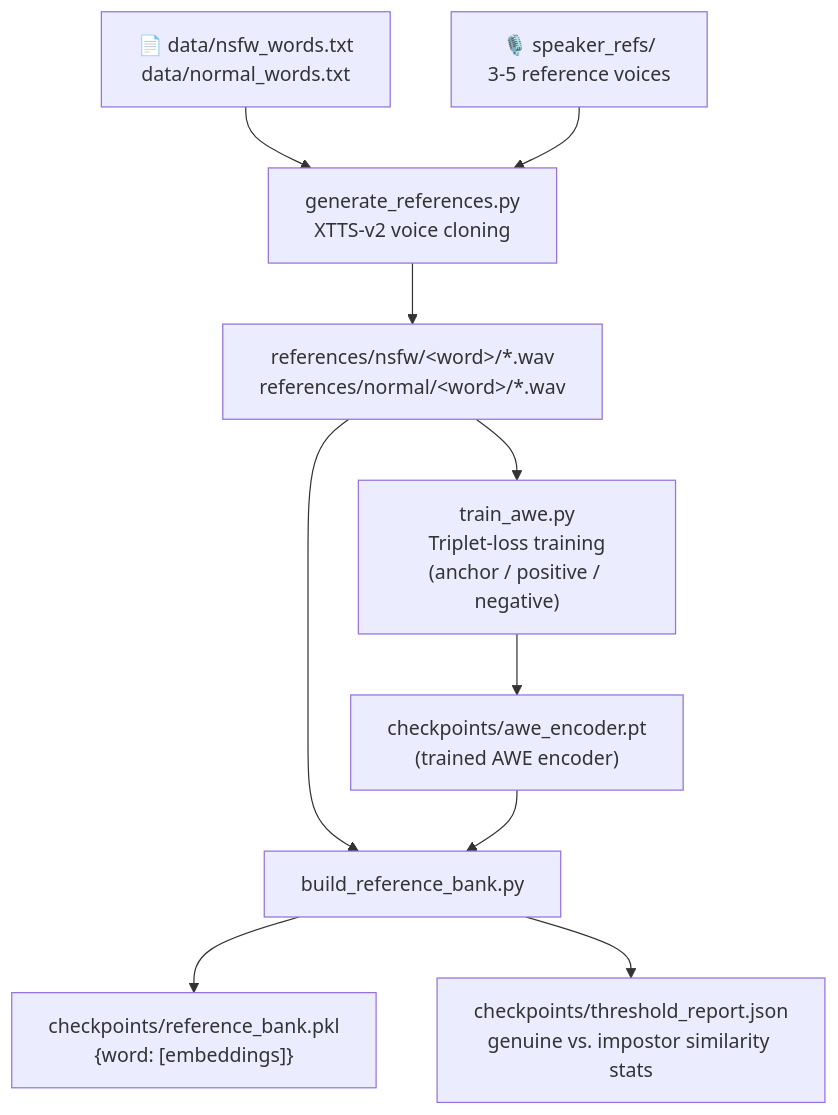
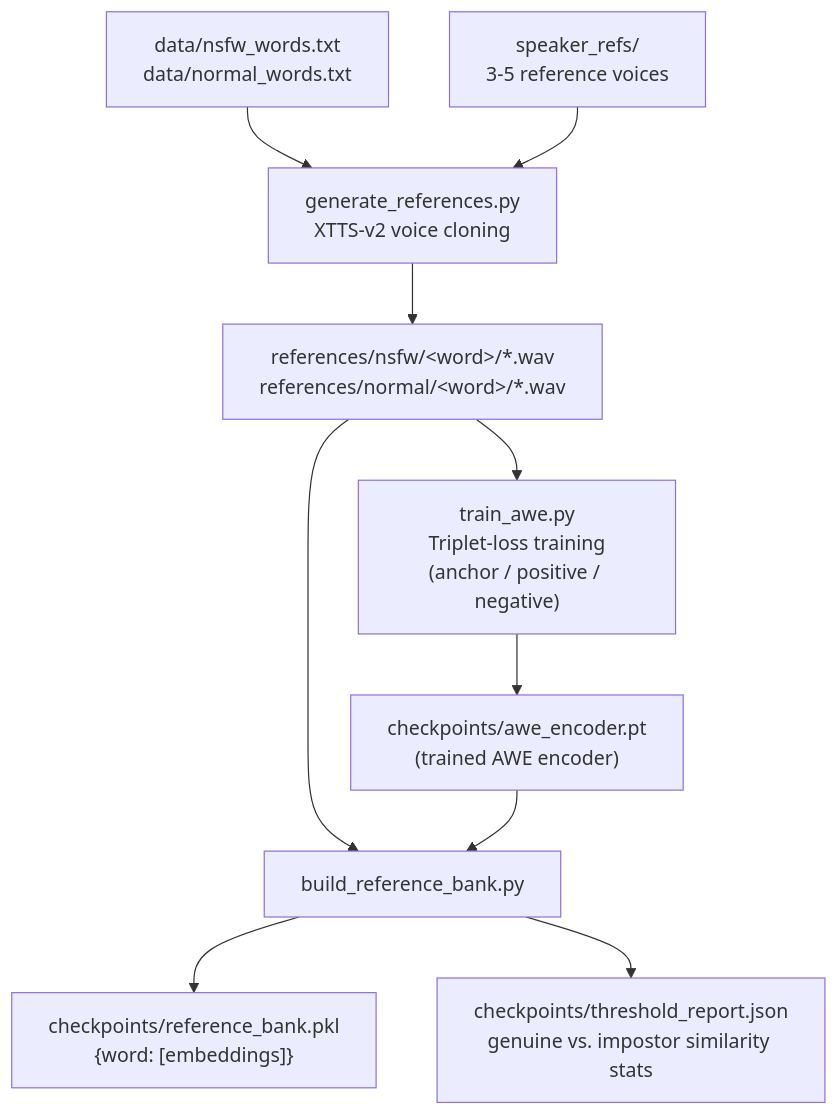
One commit to sjdasadi/nsfw-audio-keyword-spotter changed the first of 4 diagrams in README.md. Above: the diagram before and after it, drawn with Mermaid. The commit also changed other lines of this file, not shown here.

````diff
--- a/README.md
+++ b/README.md
@@ -50,12 +50,12 @@
 ```mermaid
 flowchart TD
-    A["📄 data/nsfw_words.txt<br/>data/normal_words.txt"] --> B["generate_references.py<br/>XTTS-v2 voice cloning"]
-    S["🎙️ speaker_refs/<br/>3-5 reference voices"] --> B
+    A[" data/nsfw_words.txt<br/>data/normal_words.txt"] --> B["generate_references.py<br/>XTTS-v2 voice cloning"]
+    S[" speaker_refs/<br/>3-5 reference voices"] --> B
     B --> C["references/nsfw/&lt;word&gt;/*.wav<br/>references/normal/&lt;word&gt;/*.wav"]
     C --> D["train_awe.py<br/>Triplet-loss training<br/>(anchor / positive / negative)"]
     D --> E["checkpoints/awe_encoder.pt<br/>(trained AWE encoder)"]
     C --> F["build_reference_bank.py"]
     E --> F
     F --> G["checkpoints/reference_bank.pkl<br/>{word: [embeddings]}"]
     F --> H["checkpoints/threshold_report.json<br/>genuine vs. impostor similarity stats"]
 ```
````
